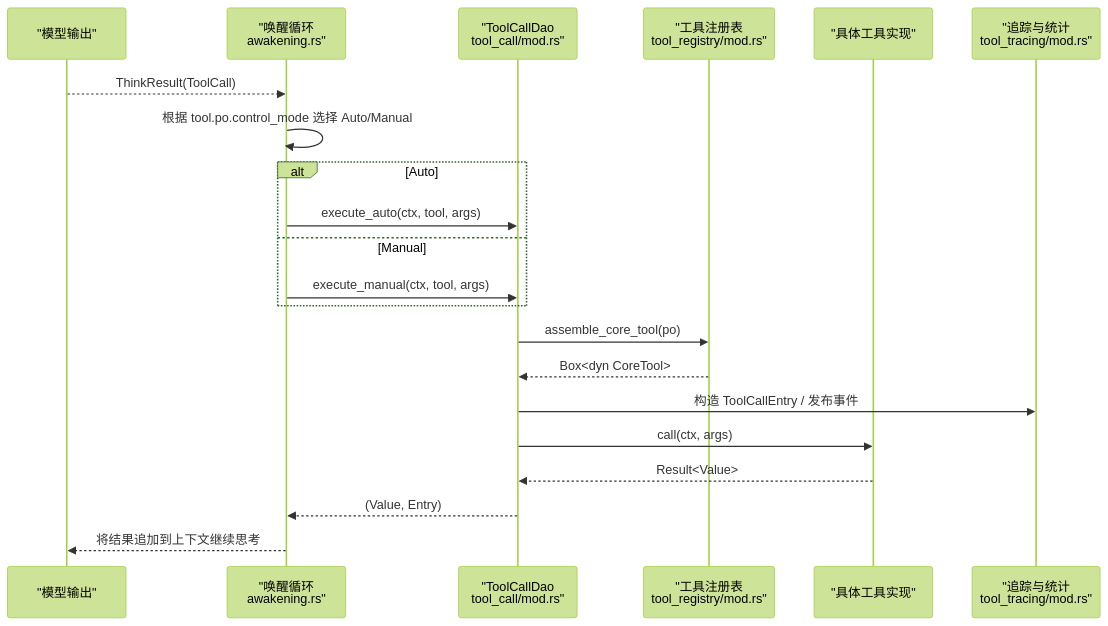
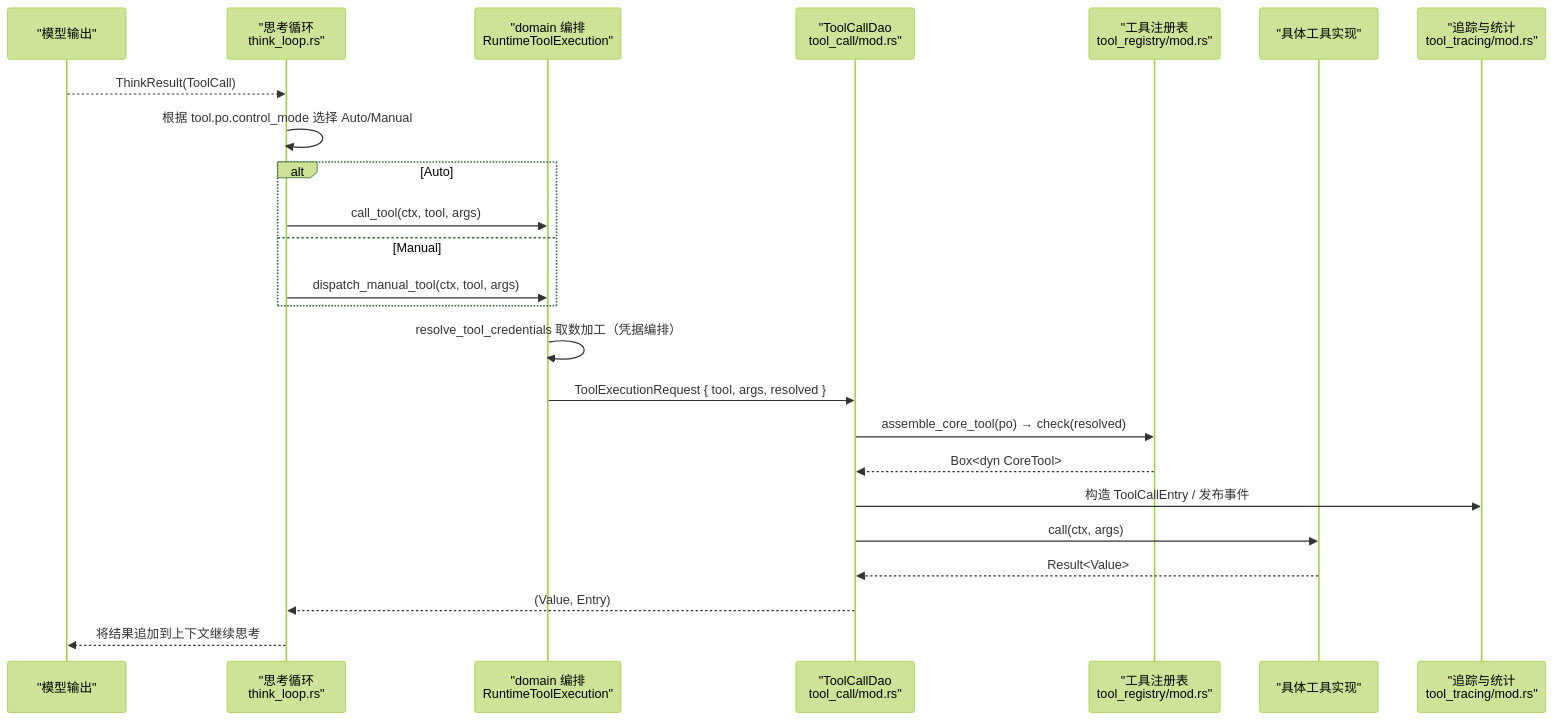
The second of 6 diagrams in docs/wiki/zh/content/项目概述/核心功能特性/统一工具调用架构/统一工具调用架构.md (runningcoders/ai_orz), drawn with Mermaid (forest theme) before and after one commit. The commit also changed other lines of this file and 5 other files, not shown here.

````diff
--- a/docs/wiki/zh/content/项目概述/核心功能特性/统一工具调用架构/统一工具调用架构.md
+++ b/docs/wiki/zh/content/项目概述/核心功能特性/统一工具调用架构/统一工具调用架构.md
@@ -116,23 +142,26 @@
 ```mermaid
 sequenceDiagram
 participant LLM as "模型输出"
-participant AW as "唤醒循环<br/>awakening.rs"
+participant AW as "思考循环<br/>think_loop.rs"
+participant TE as "domain 编排<br/>RuntimeToolExecution"
 participant TC as "ToolCallDao<br/>tool_call/mod.rs"
 participant REG as "工具注册表<br/>tool_registry/mod.rs"
 participant IMPL as "具体工具实现"
 participant TR as "追踪与统计<br/>tool_tracing/mod.rs"
 LLM-->>AW : ThinkResult(ToolCall)
 AW->>AW : 根据 tool.po.control_mode 选择 Auto/Manual
 alt Auto
-AW->>TC : execute_auto(ctx, tool, args)
+    AW->>TE : call_tool(ctx, tool, args)
 else Manual
-AW->>TC : execute_manual(ctx, tool, args)
+    AW->>TE : dispatch_manual_tool(ctx, tool, args)
 end
-TC->>REG : assemble_core_tool(po)
+TE->>TE : resolve_tool_credentials 取数加工（凭据编排）
+TE->>TC : ToolExecutionRequest { tool, args, resolved }
+TC->>REG : assemble_core_tool(po) → check(resolved)
 REG-->>TC : Box<dyn CoreTool>
 TC->>TR : 构造 ToolCallEntry / 发布事件
 TC->>IMPL : call(ctx, args)
 IMPL-->>TC : Result<Value>
 TC-->>AW : (Value, Entry)
 AW-->>LLM : 将结果追加到上下文继续思考
 ```
````
